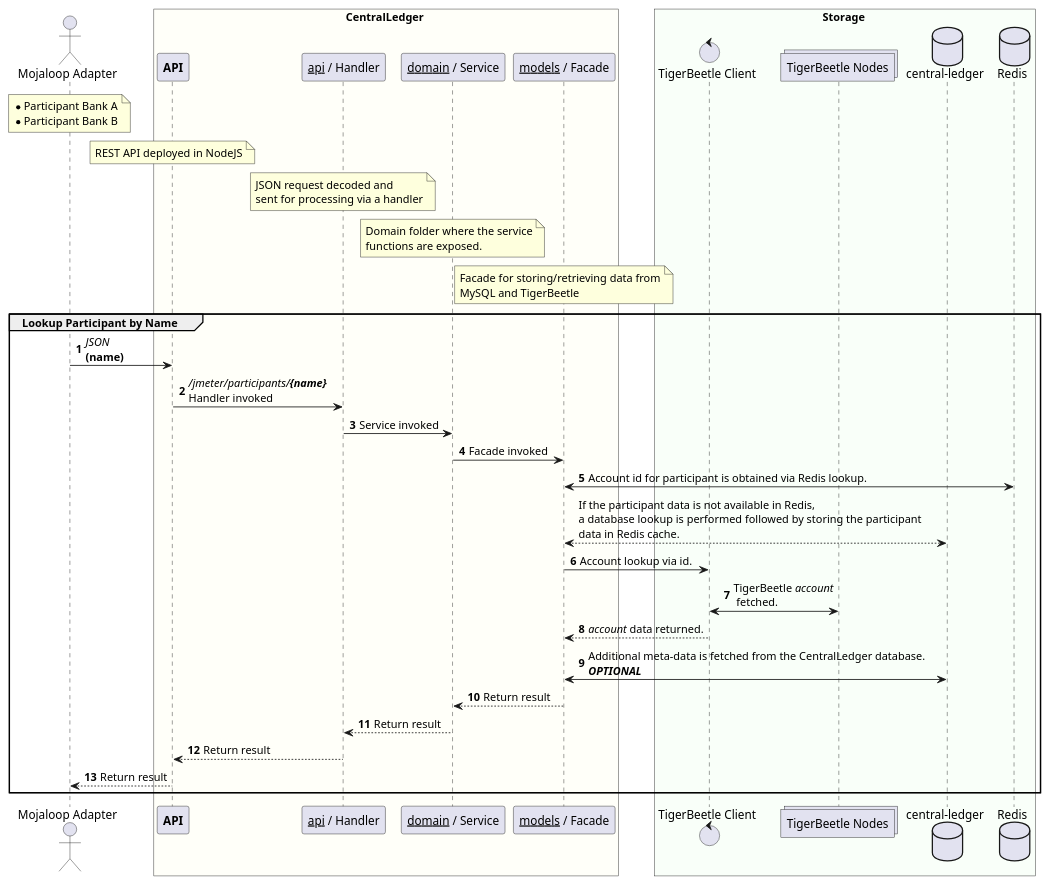
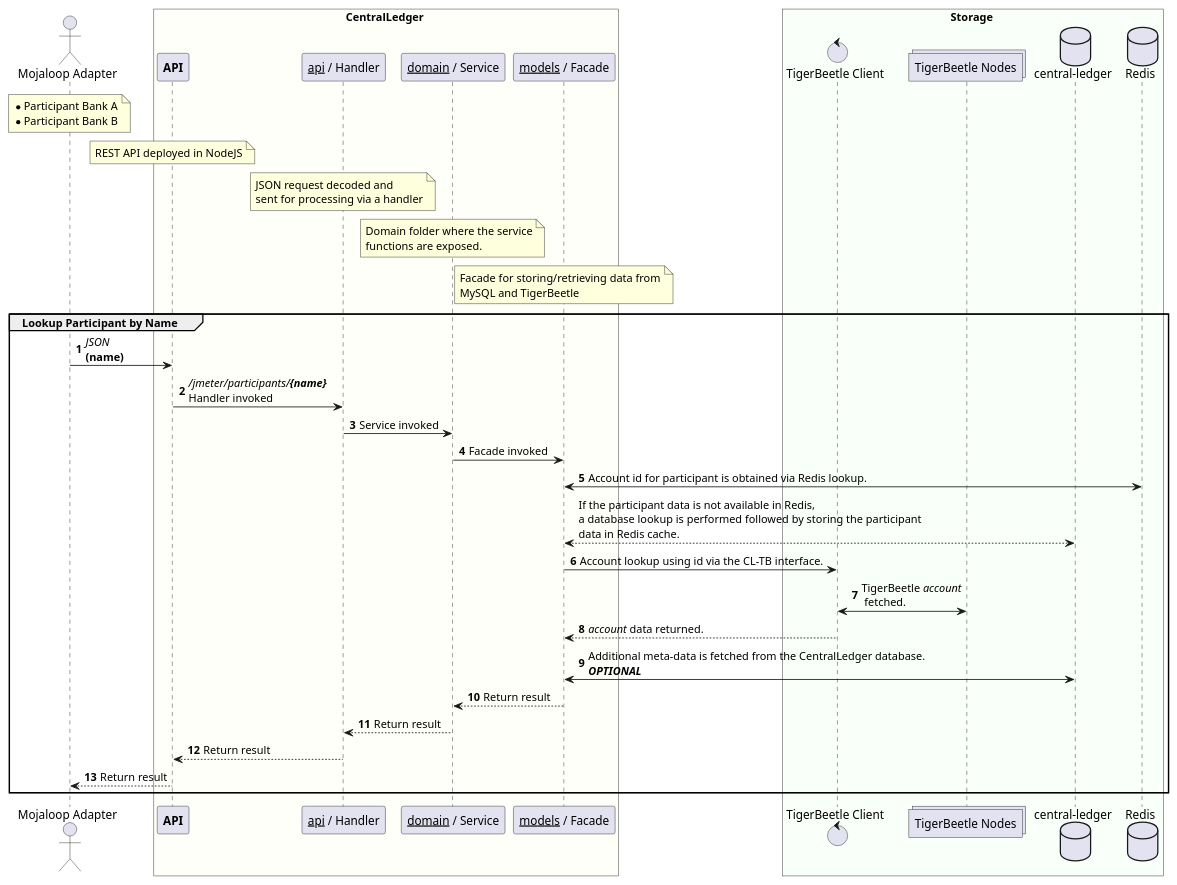
Before and after one commit to coilhq/mucoa: the diagram in solution_design/sequence-participant-tb-enabled-lookup.puml, drawn with PlantUML. The commit also changed 6 other files, not shown here.

Commit message:
Update diagrams for TB/CL interface.

```diff
--- a/solution_design/sequence-participant-tb-enabled-lookup.puml
+++ b/solution_design/sequence-participant-tb-enabled-lookup.puml
@@ -1,62 +1,62 @@
 @startuml
 
 actor "Mojaloop Adapter" as dfsp
 note over dfsp
     * Participant Bank A
     * Participant Bank B
 end note
 
 box CentralLedger #FFFFF9
     participant "**API**" as cl_api
     participant "__api__ / Handler" as cl_handler
     participant "__domain__ / Service" as cl_domain
     participant "__models__ / Facade" as cl_facade
 
     note over cl_api
         REST API deployed in NodeJS
     end note
 
     note over cl_handler
         JSON request decoded and
         sent for processing via a handler
     end note
 
     note over cl_domain
         Domain folder where the service
         functions are exposed.
     end note
 
     note over cl_facade
         Facade for storing/retrieving data from
         MySQL and TigerBeetle
     end note
 end box
 
 box Storage #F9FFF9
     control "TigerBeetle Client" as tb_client
     collections "TigerBeetle Nodes" as tb_nodes
     database "central-ledger" as cl_db
     database "Redis" as redis_cache
 end box
 
 autonumber
 group Lookup Participant by Name
     dfsp -> cl_api : //JSON// \n**(name)**
     cl_api -> cl_handler : ///jmeter/participants/**{name}**// \nHandler invoked
     cl_handler -> cl_domain : Service invoked
     cl_domain -> cl_facade : Facade invoked
     cl_facade <-> redis_cache : Account id for participant is obtained via Redis lookup.
     autonumber stop
     cl_facade <--> cl_db : If the participant data is not available in Redis, \na database lookup is performed followed by storing the participant\ndata in Redis cache.
     autonumber resume
-    cl_facade -> tb_client : Account lookup via id.
+    cl_facade -> tb_client : Account lookup using id via the CL-TB interface.
     tb_client <-> tb_nodes : TigerBeetle //account//\n fetched.
     tb_client --> cl_facade : //account// data returned.
     cl_facade <-> cl_db : Additional meta-data is fetched from the CentralLedger database.\n**//OPTIONAL//**
     cl_facade --> cl_domain : Return result
     cl_domain --> cl_handler : Return result
     cl_handler --> cl_api : Return result
     cl_api --> dfsp : Return result
 end
 
 @enduml
```
